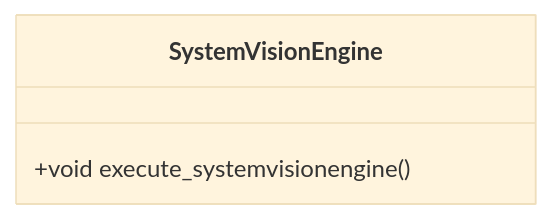
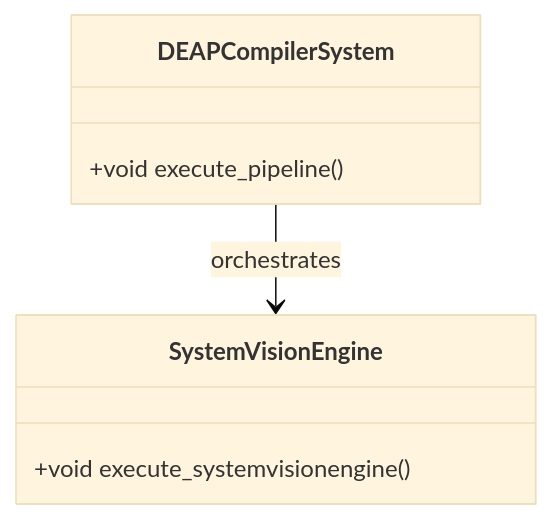
The diagram in docs/features/FEAT-06-SystemVisionEngine.md (gintatkinson/dumpiler-01), drawn with Mermaid (base theme) before and after one commit. The commit also changed other lines of this file and 90 other files, not shown here.

````diff
--- a/docs/features/FEAT-06-SystemVisionEngine.md
+++ b/docs/features/FEAT-06-SystemVisionEngine.md
@@ -25,6 +25,10 @@
 ```mermaid
 classDiagram
+    class DEAPCompilerSystem {
+        +void execute_pipeline()
+    }
     class SystemVisionEngine {
         +void execute_systemvisionengine()
     }
+    DEAPCompilerSystem --> SystemVisionEngine : orchestrates
 ```
````
